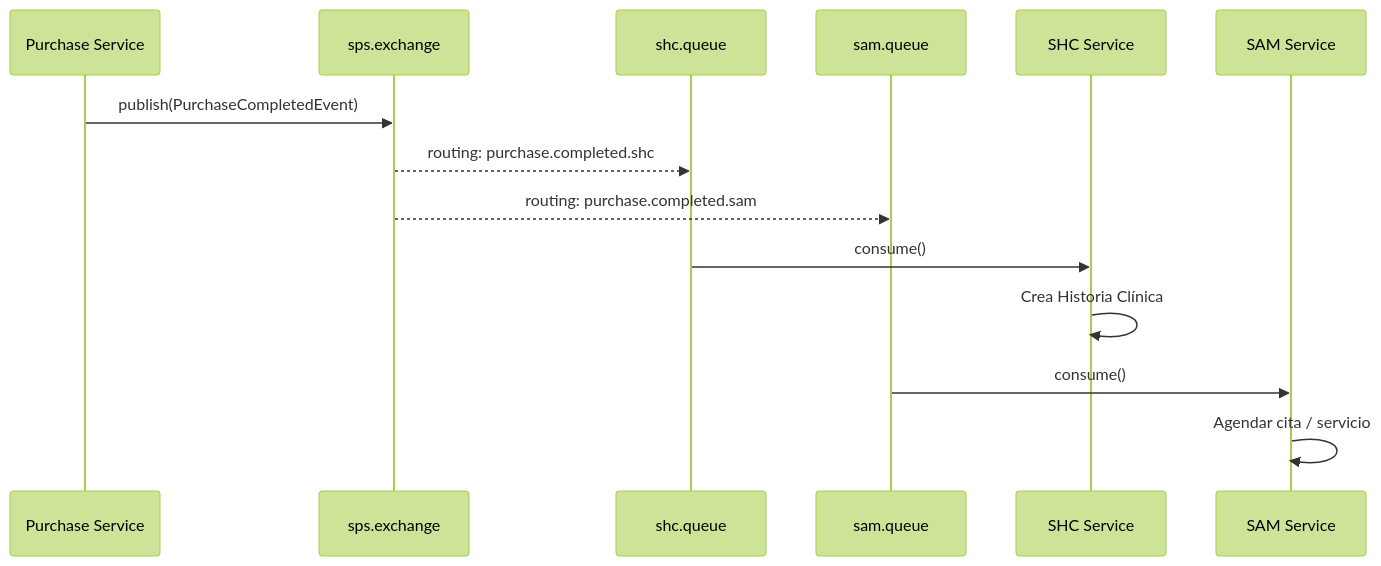
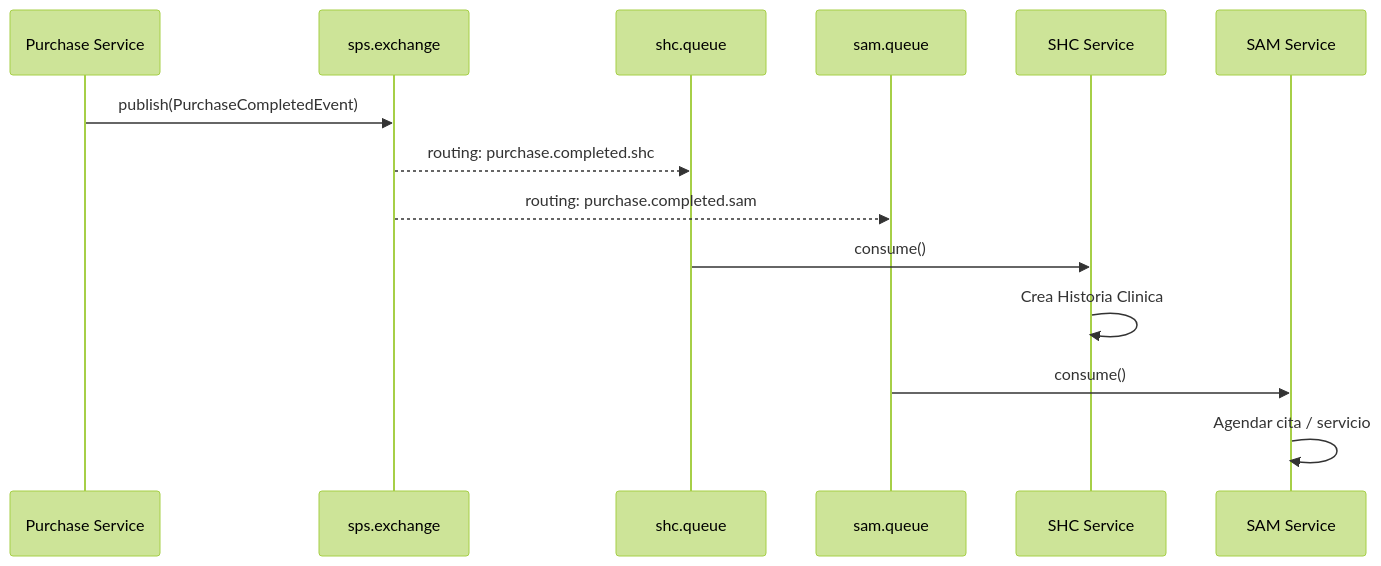
Before and after one commit to juanDiesmers/SPS_arquisoftPro: the diagram in docs/diagramas/flujo_rabbitmq.md, drawn with Mermaid (forest theme). The commit also changed 130 other files, not shown here.

````diff
--- a/docs/diagramas/flujo_rabbitmq.md
+++ b/docs/diagramas/flujo_rabbitmq.md
@@ -3,19 +3,19 @@
 ```mermaid
 sequenceDiagram
     participant Pur as Purchase Service
     participant Ex as sps.exchange
     participant Q_SHC as shc.queue
     participant Q_SAM as sam.queue
     participant SHC as SHC Service
     participant SAM as SAM Service
 
     Pur->>Ex: publish(PurchaseCompletedEvent)
     Ex-->>Q_SHC: routing: purchase.completed.shc
     Ex-->>Q_SAM: routing: purchase.completed.sam
     
     Q_SHC->>SHC: consume()
-    SHC->>SHC: Crea Historia Clínica
+    SHC->>SHC: Crea Historia Clinica
     
     Q_SAM->>SAM: consume()
     SAM->>SAM: Agendar cita / servicio
 ```
````
